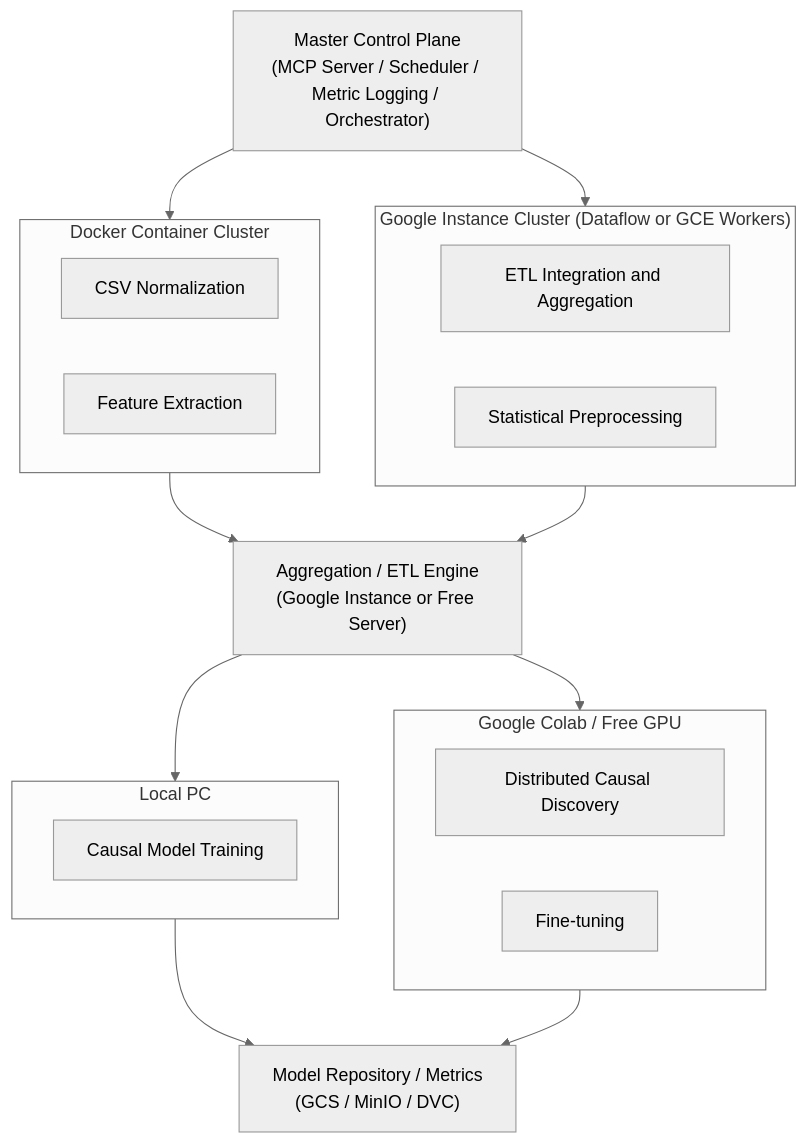
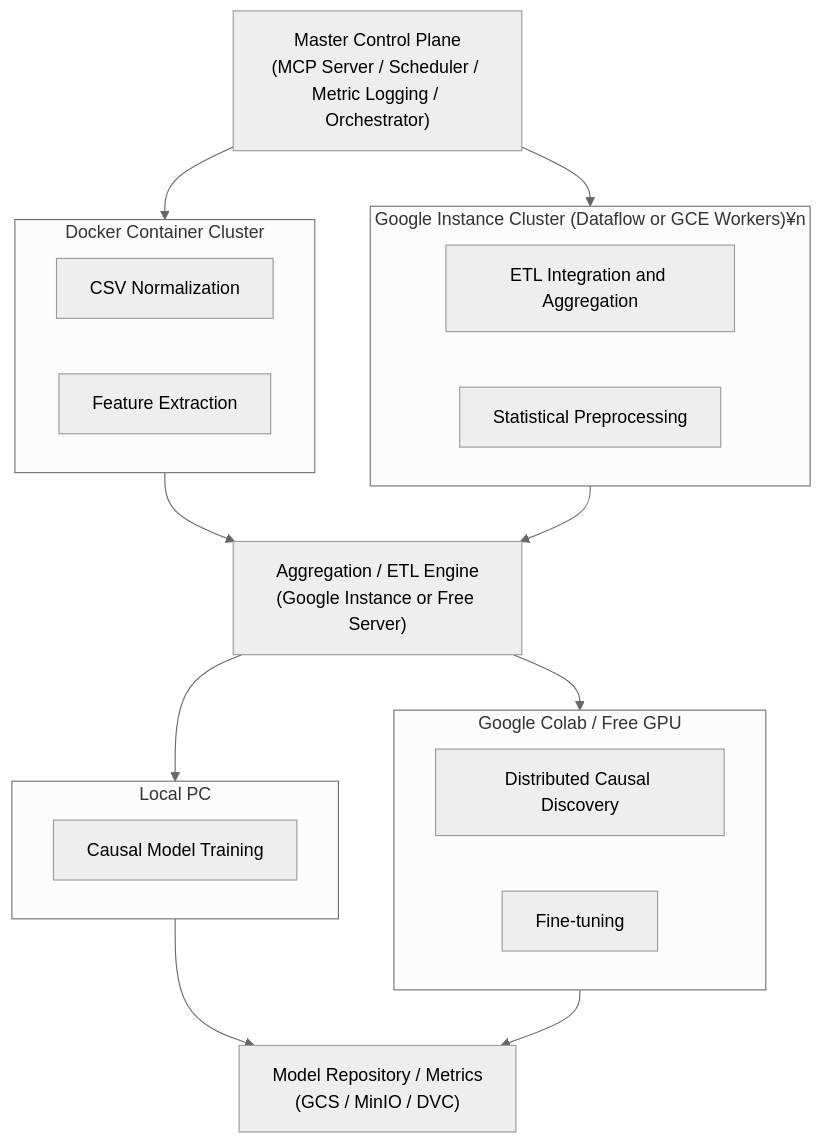
Before and after one commit to bertshun/testmodel: the diagram in SYSTEM_ARCHE.md, drawn with Mermaid (neutral theme).

Commit message:
add arch version 5

````diff
--- a/SYSTEM_ARCHE.md
+++ b/SYSTEM_ARCHE.md
@@ -3,56 +3,55 @@
 ```mermaid
 flowchart TB
 
 %% =========================
 %% Control Plane
 %% =========================
 A["Master Control Plane\n(MCP Server / Scheduler / Metric Logging / Orchestrator)"]
 
 %% =========================
 %% Data Processing Layer
 %% =========================
 subgraph B1["Docker Container Cluster"]
     B1a["CSV Normalization"]
     B1b["Feature Extraction"]
 end
 
-subgraph B2["Google Instance Cluster (Dataflow or GCE Workers)"]
-
+subgraph B2["Google Instance Cluster (Dataflow or GCE Workers)"¥n]
     B2a["ETL Integration and Aggregation"]
     B2b["Statistical Preprocessing"]
 end
 
 %% =========================
 %% Aggregation Layer
 %% =========================
 C["Aggregation / ETL Engine\n(Google Instance or Free Server)"]
 
 %% =========================
 %% Learning Layer
 %% =========================
 subgraph D1["Local PC"]
     D1a["Causal Model Training"]
 end
 
 subgraph D2["Google Colab / Free GPU"]
     D2a["Distributed Causal Discovery"]
     D2b["Fine-tuning"]
 end
 
 %% =========================
 %% Repository Layer
 %% =========================
 E["Model Repository / Metrics\n(GCS / MinIO / DVC)"]
 
 %% =========================
 %% Connections
 %% =========================
 A --> B1
 A --> B2
 B1 --> C
 B2 --> C
 C --> D1
 C --> D2
 D1 --> E
 D2 --> E
 ```
````
